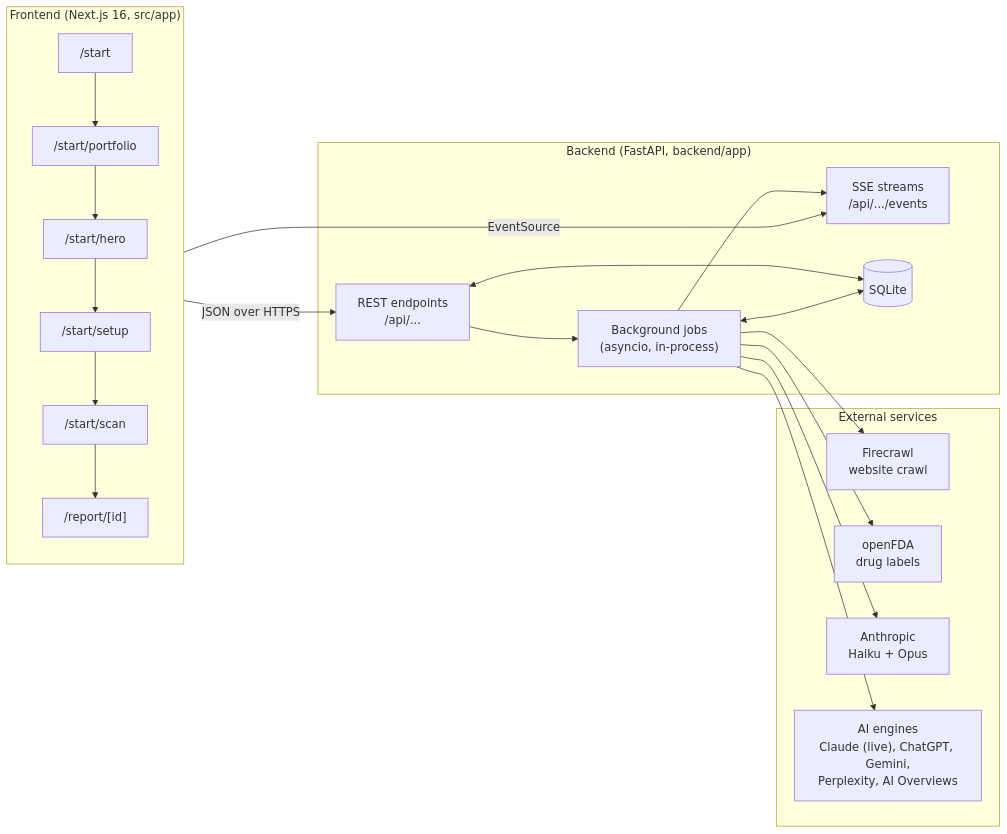
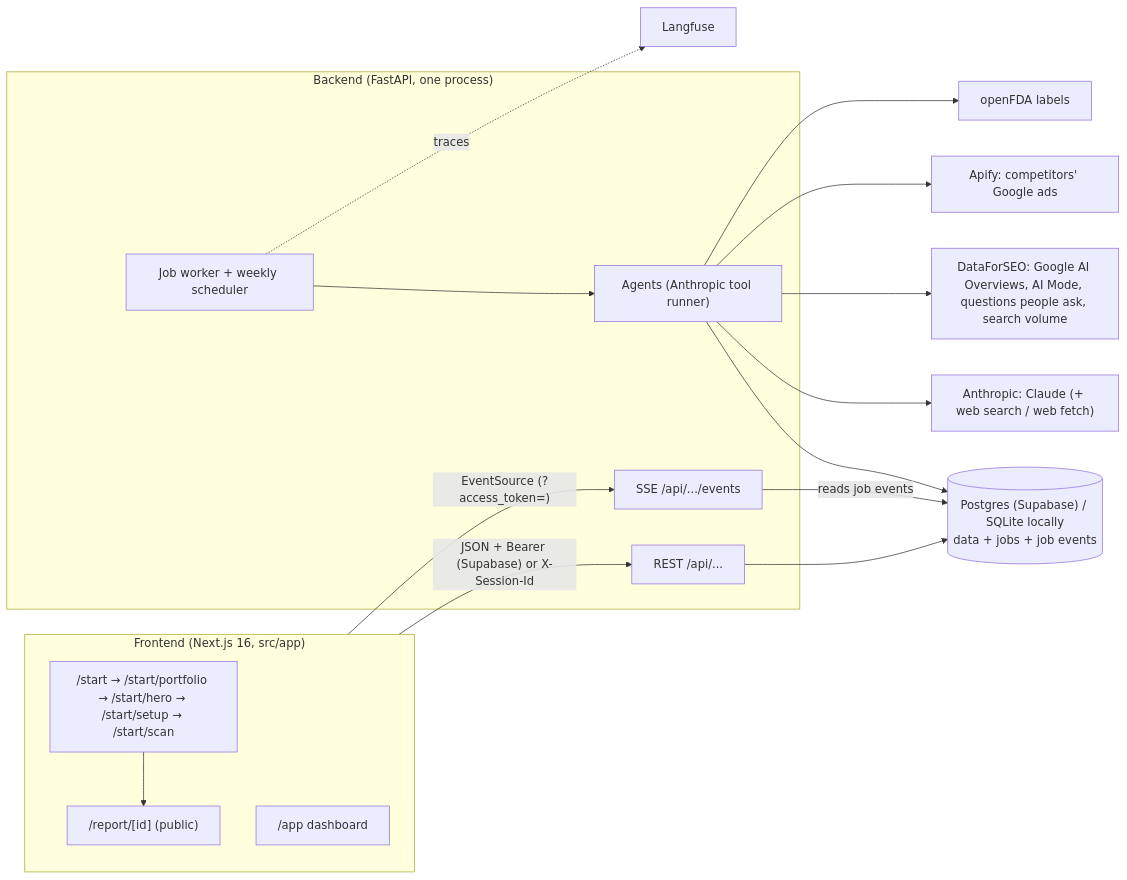
Before and after one commit to Yan-Sidoryk/Aeon: the first of 3 diagrams in docs/architecture.md, drawn with Mermaid. The commit also changed other lines of this file and 37 other files, not shown here.

````diff
--- a/docs/architecture.md
+++ b/docs/architecture.md
@@ -9,28 +9,24 @@
 ```mermaid
 flowchart LR
   subgraph Browser["Frontend (Next.js 16, src/app)"]
-    S1["/start"] --> S2["/start/portfolio"] --> S3["/start/hero"] --> S4["/start/setup"] --> S5["/start/scan"] --> S6["/report/[id]"]
+    S["/start → /start/portfolio → /start/hero → /start/setup → /start/scan"] --> R["/report/[id] (public)"]
+    D["/app dashboard"]
   end
-
-  subgraph API["Backend (FastAPI, backend/app)"]
-    R["REST endpoints<br/>/api/..."]
-    E["SSE streams<br/>/api/.../events"]
-    J["Background jobs<br/>(asyncio, in-process)"]
-    DB[("SQLite")]
+  subgraph API["Backend (FastAPI, one process)"]
+    REST["REST /api/..."]
+    SSE["SSE /api/.../events"]
+    W["Job worker + weekly scheduler"]
+    AG["Agents (Anthropic tool runner)"]
   end
-
-  subgraph Ext["External services"]
-    FC["Firecrawl<br/>website crawl"]
-    FDA["openFDA<br/>drug labels"]
-    AN["Anthropic<br/>Haiku + Opus"]
-    ENG["AI engines<br/>Claude (live), ChatGPT, Gemini,<br/>Perplexity, AI Overviews"]
-  end
-
-  Browser -- "JSON over HTTPS" --> R
-  Browser -- "EventSource" --> E
-  R --> J
-  J --> E
-  R <--> DB
-  J <--> DB
-  J --> FC & FDA & AN & ENG
+  DB[("Postgres (Supabase) / SQLite locally<br/>data + jobs + job events")]
+  Browser -- "JSON + Bearer (Supabase) or X-Session-Id" --> REST
+  Browser -- "EventSource (?access_token=)" --> SSE
+  REST --> DB
+  W --> AG --> DB
+  SSE -- "reads job events" --> DB
+  AG --> ANT["Anthropic: Claude (+ web search / web fetch)"]
+  AG --> DFS["DataForSEO: Google AI Overviews, AI Mode, questions people ask, search volume"]
+  AG --> APF["Apify: competitors' Google ads"]
+  AG --> FDA["openFDA labels"]
+  W -. traces .-> LF["Langfuse"]
 ```
````
